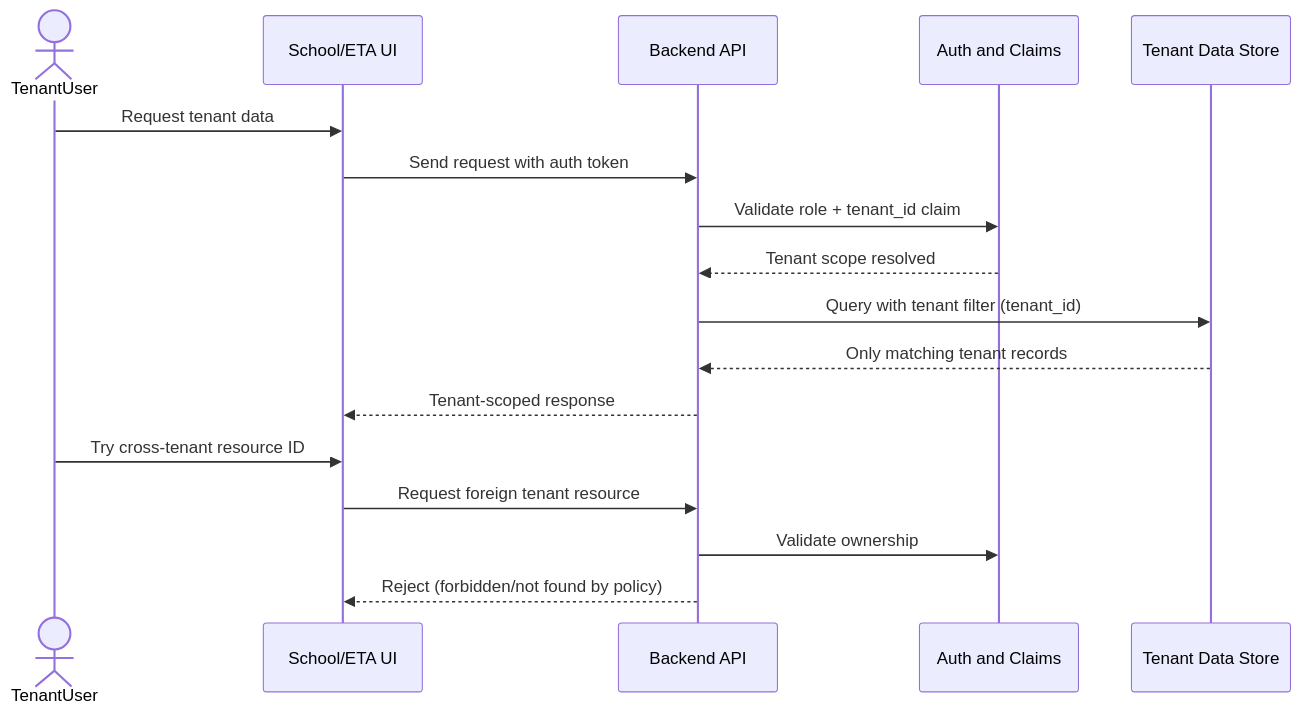
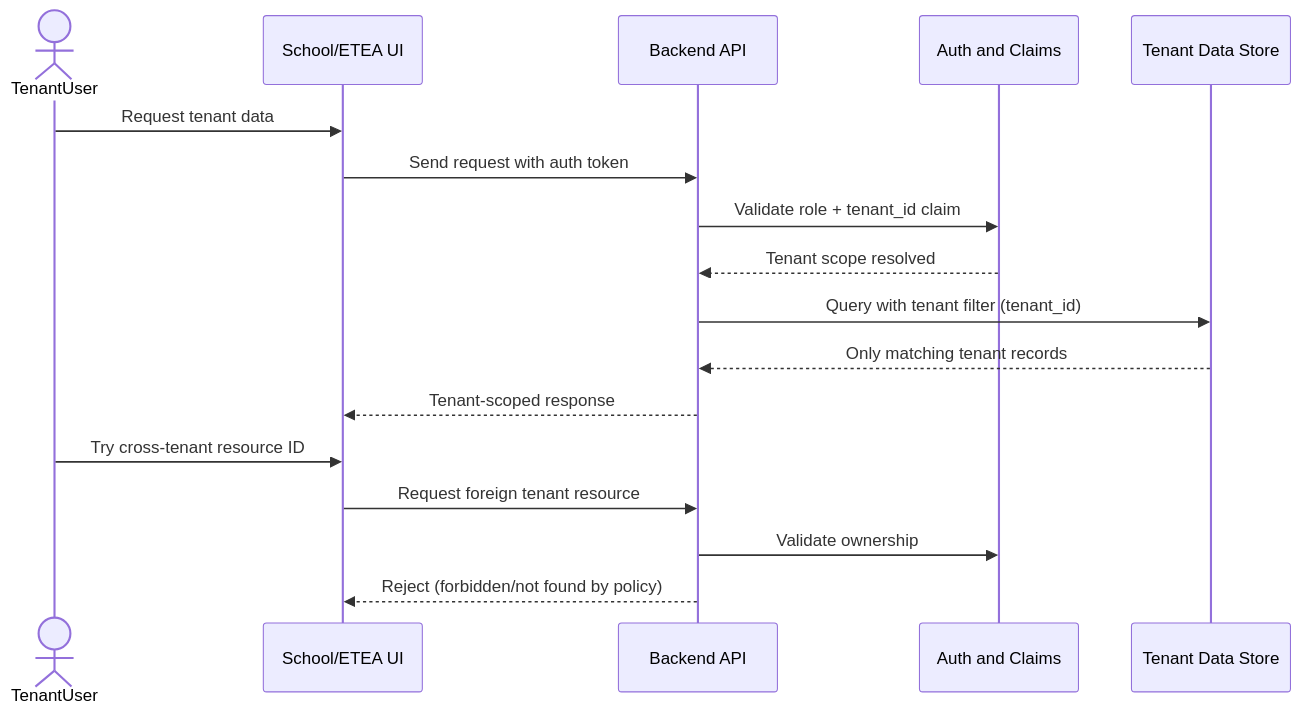
Before and after one commit to Engrkhizarkhan/billing-brilliance: the sixth of 6 diagrams in docs/workflow/workflow-sequence.md, drawn with Mermaid. The commit also changed other lines of this file and 32 other files, not shown here.

````diff
--- a/docs/workflow/workflow-sequence.md
+++ b/docs/workflow/workflow-sequence.md
@@ -148,21 +148,21 @@
 ```mermaid
 sequenceDiagram
     actor TenantUser
-    participant UI as School/ETA UI
+    participant UI as School/ETEA UI
     participant API as Backend API
     participant Auth as Auth and Claims
     participant DB as Tenant Data Store
 
     TenantUser->>UI: Request tenant data
     UI->>API: Send request with auth token
     API->>Auth: Validate role + tenant_id claim
     Auth-->>API: Tenant scope resolved
     API->>DB: Query with tenant filter (tenant_id)
     DB-->>API: Only matching tenant records
     API-->>UI: Tenant-scoped response
 
     TenantUser->>UI: Try cross-tenant resource ID
     UI->>API: Request foreign tenant resource
     API->>Auth: Validate ownership
     API-->>UI: Reject (forbidden/not found by policy)
 ```
````
